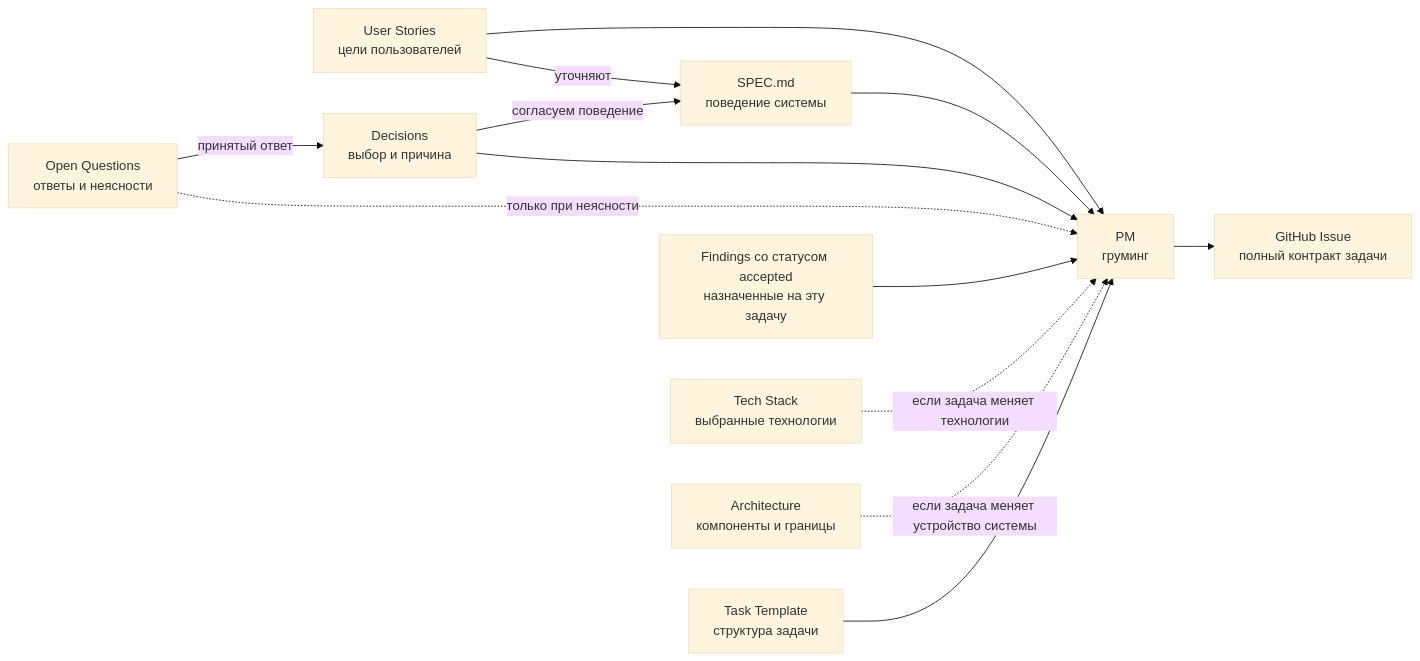
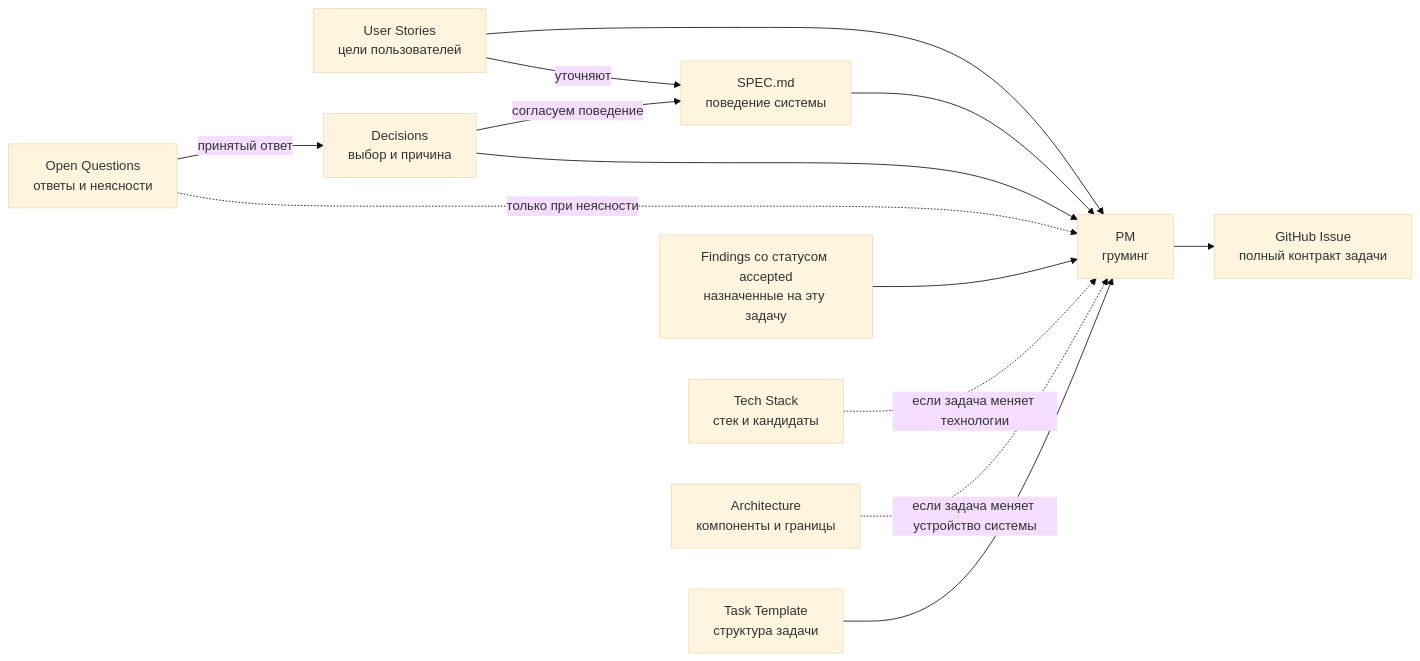
The first of 2 diagrams in _docs/README.md (tryproxy/tg-super-backend), drawn with Mermaid (base theme) before and after one commit. The commit also changed other lines of this file and 2 other files, not shown here.

Commit message:
docs(tech-stack): clarify prototype approved stack and draft MVP and release choices

````diff
--- a/_docs/README.md
+++ b/_docs/README.md
@@ -7,17 +7,17 @@
 ```mermaid
 flowchart LR
     US["User Stories<br/>цели пользователей"] -->|уточняют| SPEC["SPEC.md<br/>поведение системы"]
     OQ["Open Questions<br/>ответы и неясности"] -->|принятый ответ| DEC["Decisions<br/>выбор и причина"]
     DEC -->|согласуем поведение| SPEC
 
     US --> PM["PM<br/>груминг"]
     SPEC --> PM
     DEC --> PM
     OQ -.->|только при неясности| PM
     FINDINGS["Findings со статусом accepted<br/>назначенные на эту задачу"] --> PM
-    STACK["Tech Stack<br/>выбранные технологии"] -.->|если задача меняет технологии| PM
+    STACK["Tech Stack<br/>стек и кандидаты"] -.->|если задача меняет технологии| PM
     ARCH["Architecture<br/>компоненты и границы"] -.->|если задача меняет устройство системы| PM
 
     TEMPLATE["Task Template<br/>структура задачи"] --> PM
     PM --> ISS["GitHub Issue<br/>полный контракт задачи"]
 ```
````
